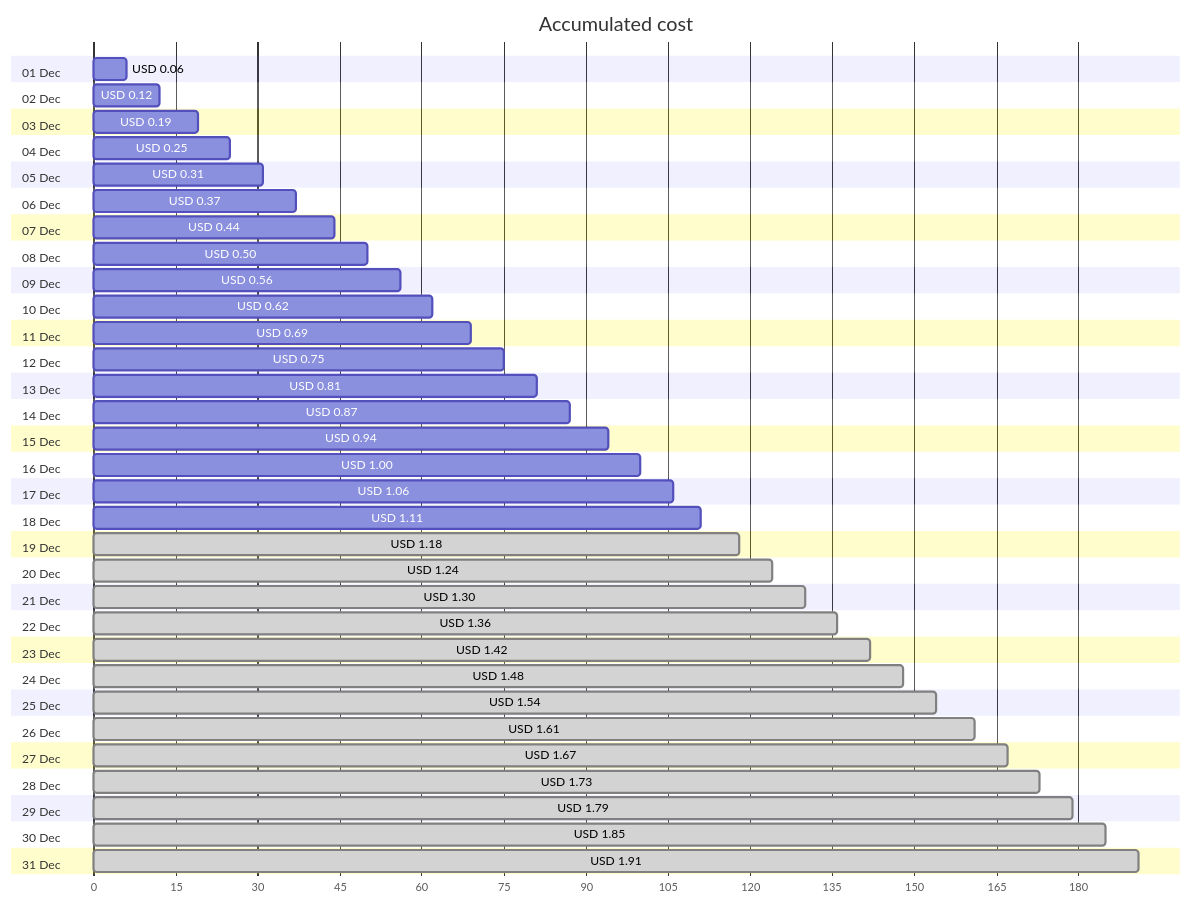
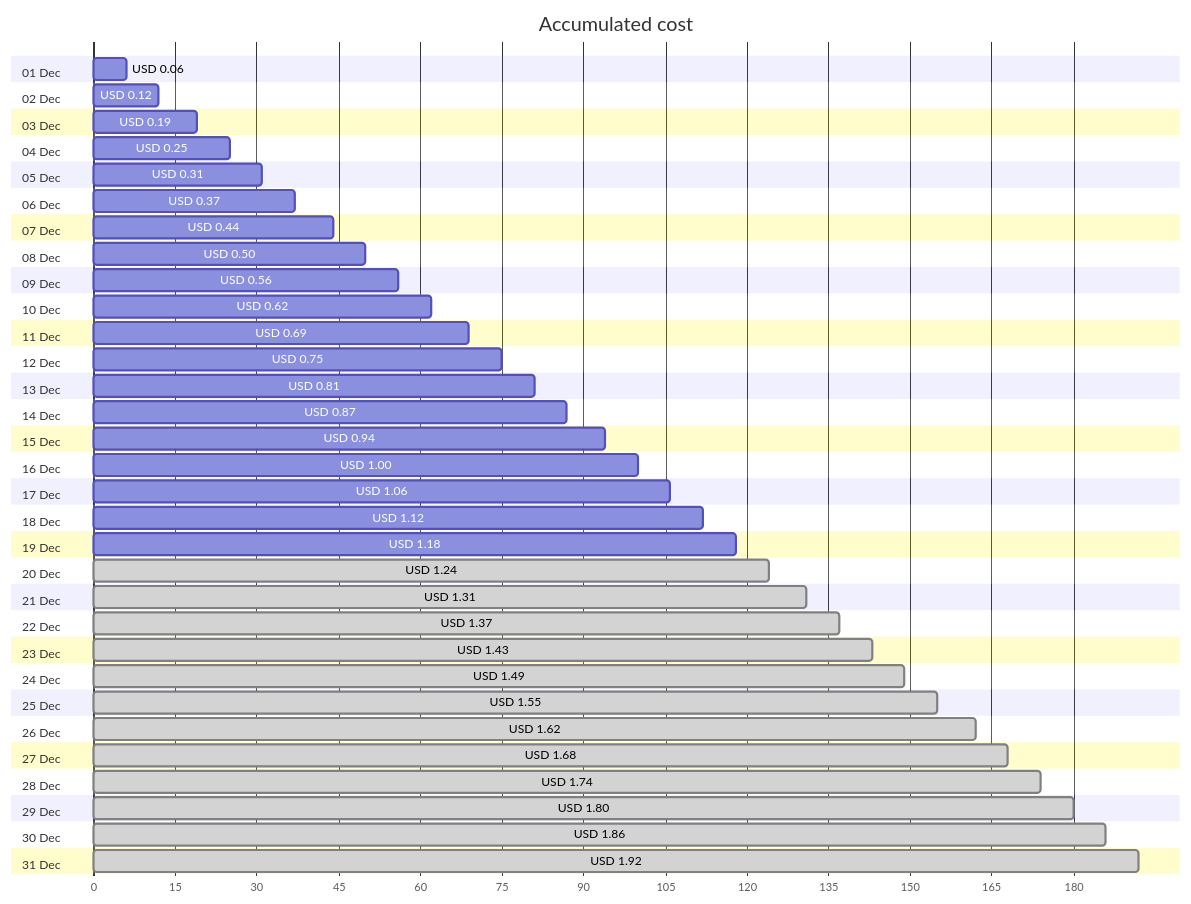
Before and after one commit to jpfulton/azure-personal-reports: the first of 4 diagrams in cost-reports/personal-network/vpn-server_OsDisk.md, drawn with Mermaid. The commit also changed other lines of this file and 8 other files, not shown here.

````diff
--- a/cost-reports/personal-network/vpn-server_OsDisk.md
+++ b/cost-reports/personal-network/vpn-server_OsDisk.md
@@ -20,68 +20,68 @@
 ```mermaid
 gantt
    title Accumulated cost
    dateFormat  X
    axisFormat %s
    section 01 Dec
    USD 0.06 :0, 6
    section 02 Dec
    USD 0.12 :0, 12
    section 03 Dec
    USD 0.19 :0, 19
    section 04 Dec
    USD 0.25 :0, 25
    section 05 Dec
    USD 0.31 :0, 31
    section 06 Dec
    USD 0.37 :0, 37
    section 07 Dec
    USD 0.44 :0, 44
    section 08 Dec
    USD 0.50 :0, 50
    section 09 Dec
    USD 0.56 :0, 56
    section 10 Dec
    USD 0.62 :0, 62
    section 11 Dec
    USD 0.69 :0, 69
    section 12 Dec
    USD 0.75 :0, 75
    section 13 Dec
    USD 0.81 :0, 81
    section 14 Dec
    USD 0.87 :0, 87
    section 15 Dec
    USD 0.94 :0, 94
    section 16 Dec
    USD 1.00 :0, 100
    section 17 Dec
    USD 1.06 :0, 106
    section 18 Dec
-   USD 1.11 :0, 111
+   USD 1.12 :0, 112
    section 19 Dec
-   USD 1.18 : done, 0, 118
+   USD 1.18 :0, 118
    section 20 Dec
    USD 1.24 : done, 0, 124
    section 21 Dec
-   USD 1.30 : done, 0, 130
+   USD 1.31 : done, 0, 131
    section 22 Dec
-   USD 1.36 : done, 0, 136
+   USD 1.37 : done, 0, 137
    section 23 Dec
-   USD 1.42 : done, 0, 142
+   USD 1.43 : done, 0, 143
    section 24 Dec
-   USD 1.48 : done, 0, 148
+   USD 1.49 : done, 0, 149
    section 25 Dec
-   USD 1.54 : done, 0, 154
+   USD 1.55 : done, 0, 155
    section 26 Dec
-   USD 1.61 : done, 0, 161
+   USD 1.62 : done, 0, 162
    section 27 Dec
-   USD 1.67 : done, 0, 167
+   USD 1.68 : done, 0, 168
    section 28 Dec
-   USD 1.73 : done, 0, 173
+   USD 1.74 : done, 0, 174
    section 29 Dec
-   USD 1.79 : done, 0, 179
+   USD 1.80 : done, 0, 180
    section 30 Dec
-   USD 1.85 : done, 0, 185
+   USD 1.86 : done, 0, 186
    section 31 Dec
-   USD 1.91 : done, 0, 191
+   USD 1.92 : done, 0, 192
 ```
````
